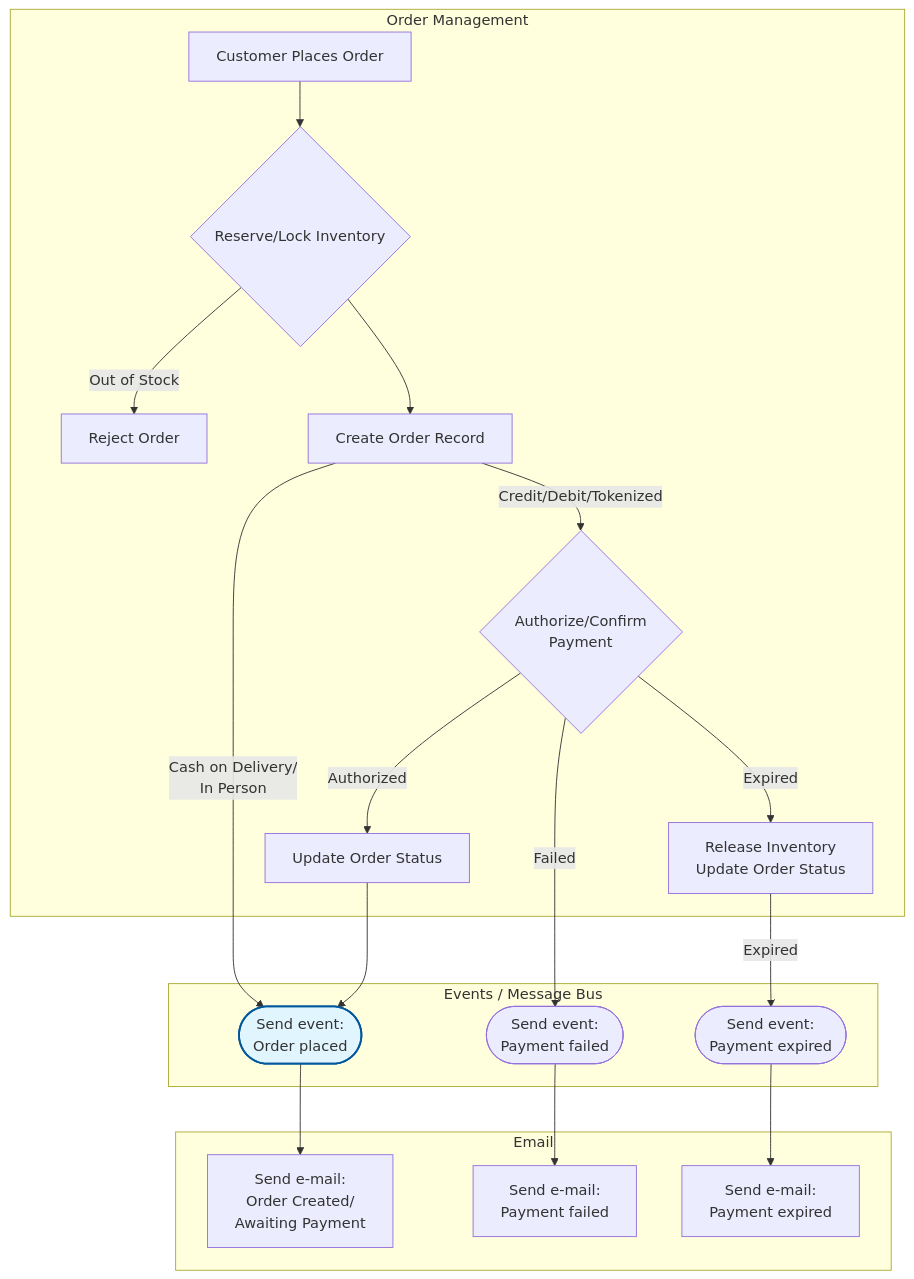
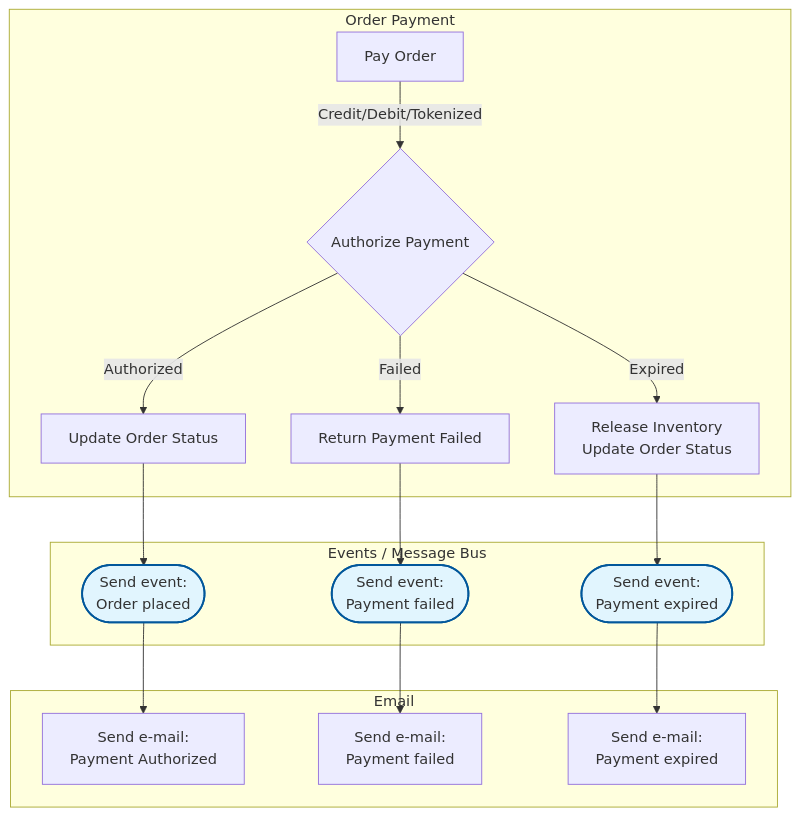
The second of 4 diagrams in README.md (RobertoFreireDev/Order-Management), drawn with Mermaid before and after one commit. The commit also changed other lines of this file, not shown here.

Commit message:
Split this into 2 flows, order creation and order payment

````diff
--- a/README.md
+++ b/README.md
@@ -5,44 +39,40 @@
 ```mermaid
 flowchart TD
     %% Subgraph Styling
     classDef event fill:#e1f5fe,stroke:#01579b,stroke-width:2px;
     classDef logic fill:#f5f5f5,stroke:#333,stroke-width:1px;
     classDef fulfill fill:#fff3e0,stroke:#ef6c00,stroke-width:1px;
     classDef note fill:#f9fbe7,stroke:#827717,stroke-width:1px;
 
-    subgraph Order_Management [Order Management]
-        A[Customer Places Order] --> B{Reserve/Lock Inventory}
-        B -->|Out of Stock| C[Reject Order]
-        B --> D[Create Order Record]
-        
-        D --> |"Credit/Debit/Tokenized"| E{Authorize/Confirm<br/>Payment}
+    subgraph Order_Payment [Order Payment]
+        A1[Pay Order] --> |"Credit/Debit/Tokenized"| E{Authorize Payment}
         E -->|Expired| F[Release Inventory<br/>Update Order Status]
         E -->|Authorized| G[Update Order Status]
+        E -->|Failed| G1[Return Payment Failed]
     end
 
     subgraph Events [Events / Message Bus]
         H([Send event:<br/>Order placed])
         H1([Send event:<br/>Payment failed])
         H2([Send event:<br/>Payment expired])
     end
 
     subgraph Email [Email]
-        I[Send e-mail: <br/>Order Created/<br/>Awaiting Payment]
+        I[Send e-mail: <br/>Payment Authorized]
         I1[Send e-mail: <br/>Payment failed]
         I2[Send e-mail: <br/>Payment expired]
     end
 
     %% Logic to Events
     G --> H
-    F -->|Expired| H2
-    E -->|Failed| H1
-    D --> |"Cash on Delivery/<br/>In Person"| H
+    F --> H2
+    G1 --> H1
     
     %% Event Distribution
     H --> I
     H1 --> I1
     H2 --> I2
 
     %% Class Assignments
-    class H event;
+    class H,H1,H2 event;
 ```
````
